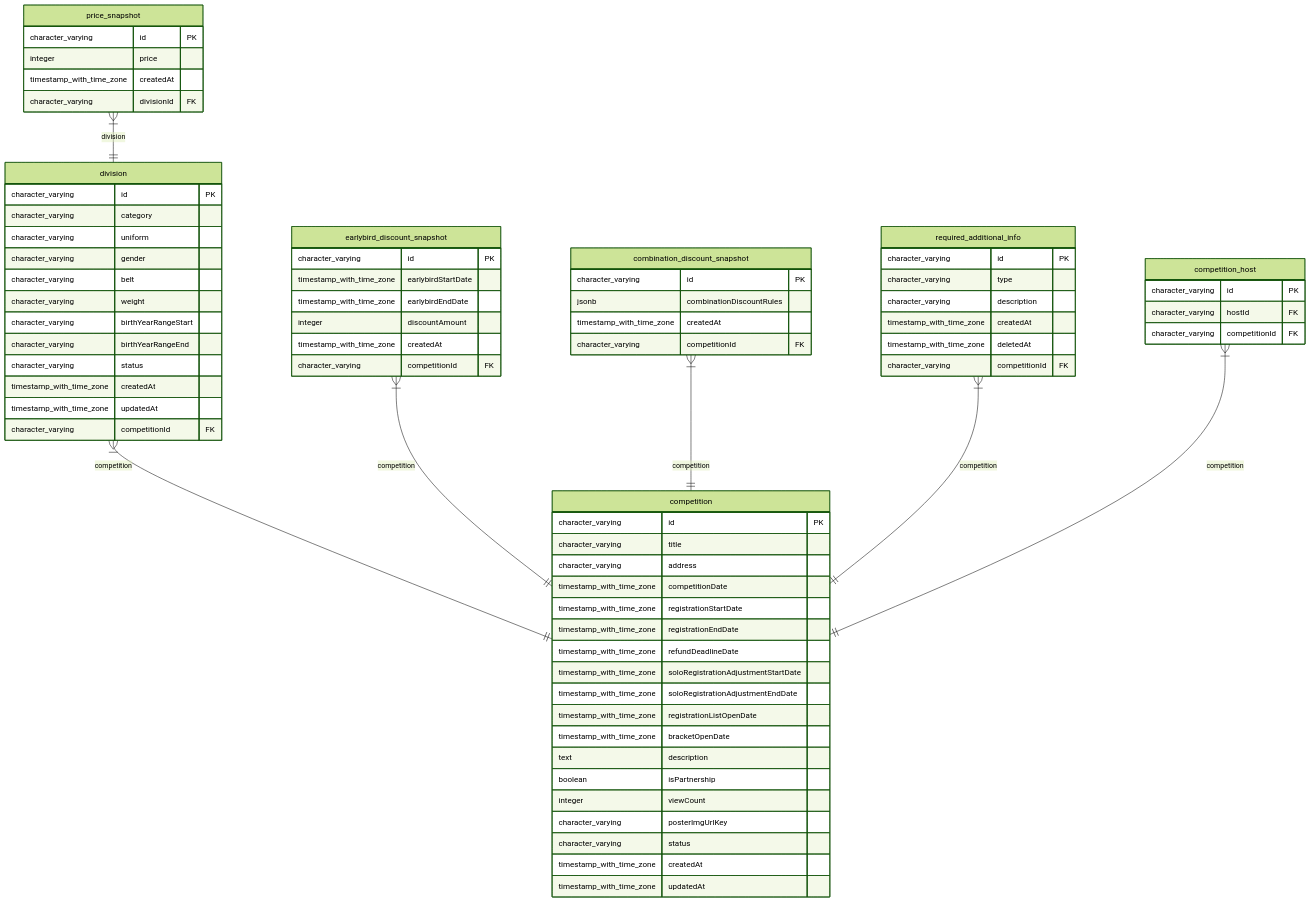
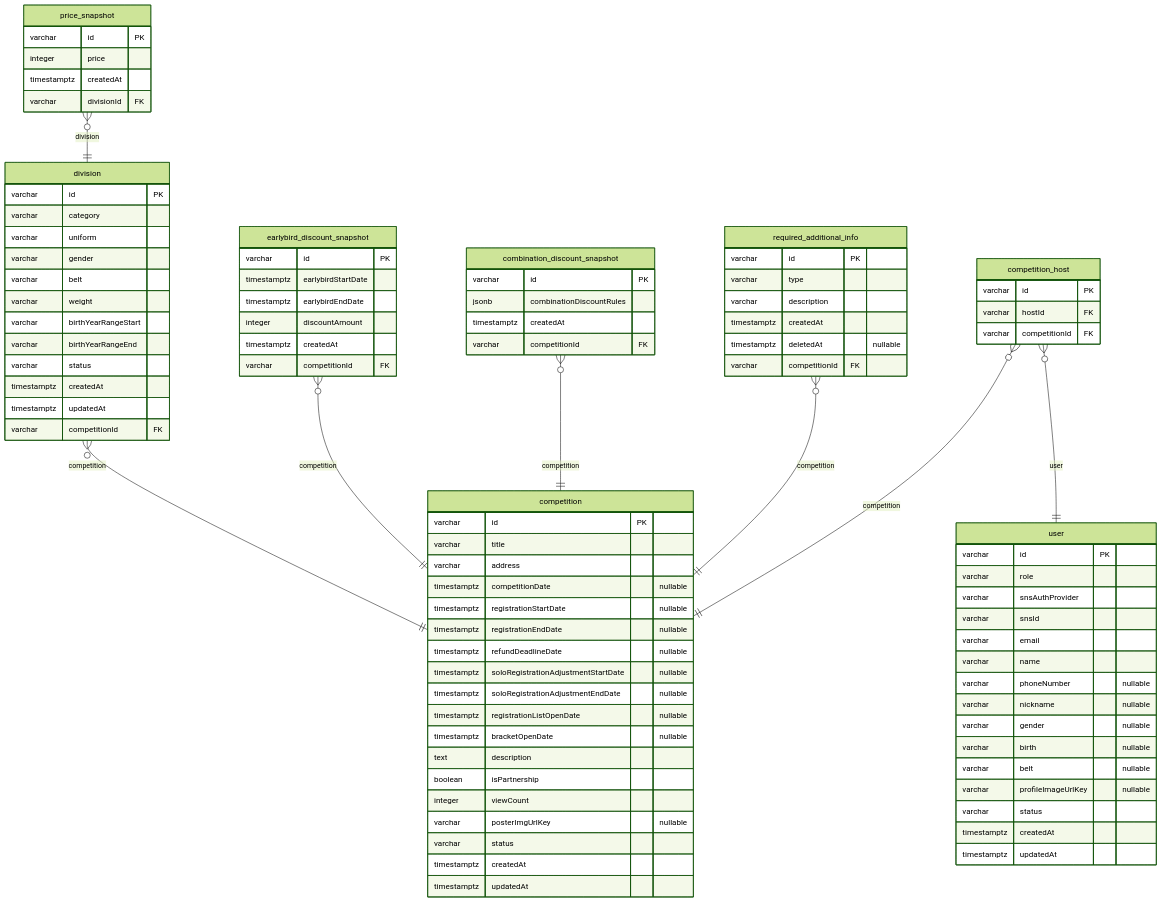
Before and after one commit to NAJUHA-JIUJITSU/najuha-v2-be: the third of 3 diagrams in docs/najiha-v2-erd.md, drawn with Mermaid (forest theme). The commit also changed other lines of this file and 3 other files, not shown here.

````diff
--- a/docs/najiha-v2-erd.md
+++ b/docs/najiha-v2-erd.md
@@ -212,76 +308,94 @@
 ```mermaid
 erDiagram
   price_snapshot {
-    character_varying id PK
+    varchar id PK
     integer price
-    timestamp_with_time_zone createdAt
-    character_varying divisionId FK
+    timestamptz createdAt
+    varchar divisionId FK
   }
   division {
-    character_varying id PK
-    character_varying category
-    character_varying uniform
-    character_varying gender
-    character_varying belt
-    character_varying weight
-    character_varying birthYearRangeStart
-    character_varying birthYearRangeEnd
-    character_varying status
-    timestamp_with_time_zone createdAt
-    timestamp_with_time_zone updatedAt
-    character_varying competitionId FK
+    varchar id PK
+    varchar category
+    varchar uniform
+    varchar gender
+    varchar belt
+    varchar weight
+    varchar birthYearRangeStart
+    varchar birthYearRangeEnd
+    varchar status
+    timestamptz createdAt
+    timestamptz updatedAt
+    varchar competitionId FK
   }
   earlybird_discount_snapshot {
-    character_varying id PK
-    timestamp_with_time_zone earlybirdStartDate
-    timestamp_with_time_zone earlybirdEndDate
+    varchar id PK
+    timestamptz earlybirdStartDate
+    timestamptz earlybirdEndDate
     integer discountAmount
-    timestamp_with_time_zone createdAt
-    character_varying competitionId FK
+    timestamptz createdAt
+    varchar competitionId FK
   }
   combination_discount_snapshot {
-    character_varying id PK
+    varchar id PK
     jsonb combinationDiscountRules
-    timestamp_with_time_zone createdAt
-    character_varying competitionId FK
+    timestamptz createdAt
+    varchar competitionId FK
   }
   required_additional_info {
-    character_varying id PK
-    character_varying type
-    character_varying description
-    timestamp_with_time_zone createdAt
-    timestamp_with_time_zone deletedAt
-    character_varying competitionId FK
+    varchar id PK
+    varchar type
+    varchar description
+    timestamptz createdAt
+    timestamptz deletedAt "nullable"
+    varchar competitionId FK
   }
   competition_host {
-    character_varying id PK
-    character_varying hostId FK
-    character_varying competitionId FK
+    varchar id PK
+    varchar hostId FK
+    varchar competitionId FK
   }
   competition {
-    character_varying id PK
-    character_varying title
-    character_varying address
-    timestamp_with_time_zone competitionDate
-    timestamp_with_time_zone registrationStartDate
-    timestamp_with_time_zone registrationEndDate
-    timestamp_with_time_zone refundDeadlineDate
-    timestamp_with_time_zone soloRegistrationAdjustmentStartDate
-    timestamp_with_time_zone soloRegistrationAdjustmentEndDate
-    timestamp_with_time_zone registrationListOpenDate
-    timestamp_with_time_zone bracketOpenDate
+    varchar id PK
+    varchar title
+    varchar address
+    timestamptz competitionDate "nullable"
+    timestamptz registrationStartDate "nullable"
+    timestamptz registrationEndDate "nullable"
+    timestamptz refundDeadlineDate "nullable"
+    timestamptz soloRegistrationAdjustmentStartDate "nullable"
+    timestamptz soloRegistrationAdjustmentEndDate "nullable"
+    timestamptz registrationListOpenDate "nullable"
+    timestamptz bracketOpenDate "nullable"
     text description
     boolean isPartnership
     integer viewCount
-    character_varying posterImgUrlKey
-    character_varying status
-    timestamp_with_time_zone createdAt
-    timestamp_with_time_zone updatedAt
+    varchar posterImgUrlKey "nullable"
+    varchar status
+    timestamptz createdAt
+    timestamptz updatedAt
   }
-  price_snapshot }|--|| division: division
-  division }|--|| competition: competition
-  earlybird_discount_snapshot }|--|| competition: competition
-  combination_discount_snapshot }|--|| competition: competition
-  required_additional_info }|--|| competition: competition
-  competition_host }|--|| competition: competition
+  user {
+    varchar id PK
+    varchar role
+    varchar snsAuthProvider
+    varchar snsId
+    varchar email
+    varchar name
+    varchar phoneNumber "nullable"
+    varchar nickname "nullable"
+    varchar gender "nullable"
+    varchar birth "nullable"
+    varchar belt "nullable"
+    varchar profileImageUrlKey "nullable"
+    varchar status
+    timestamptz createdAt
+    timestamptz updatedAt
+  }
+  price_snapshot }o--|| division: division
+  division }o--|| competition: competition
+  earlybird_discount_snapshot }o--|| competition: competition
+  combination_discount_snapshot }o--|| competition: competition
+  required_additional_info }o--|| competition: competition
+  competition_host }o--|| user: user
+  competition_host }o--|| competition: competition
 ```
````
